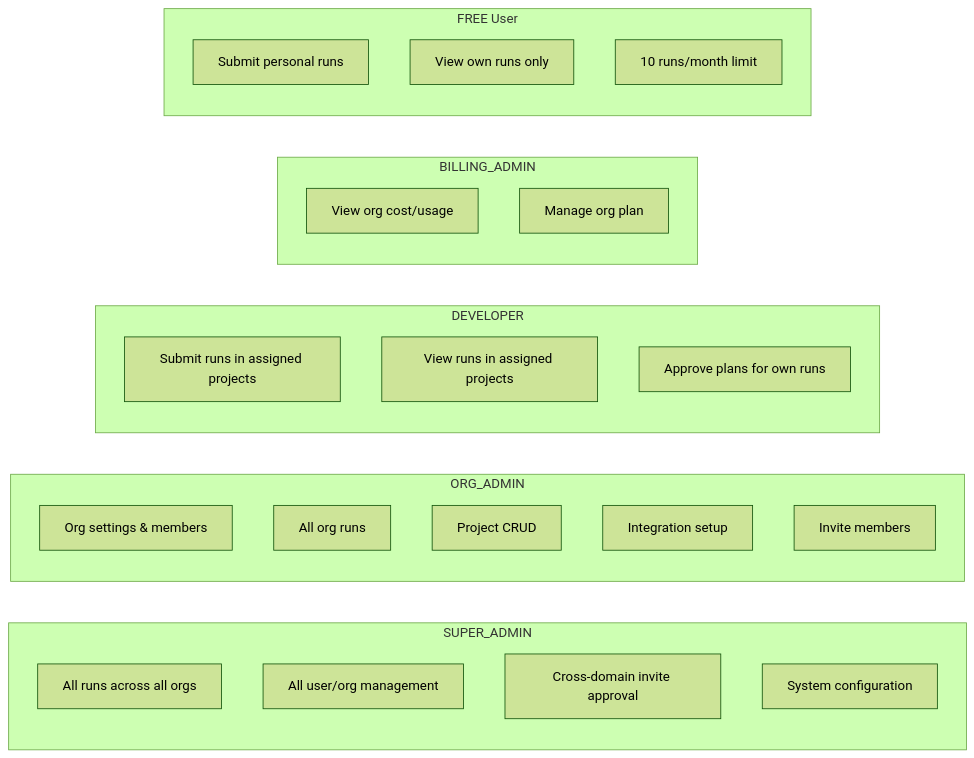
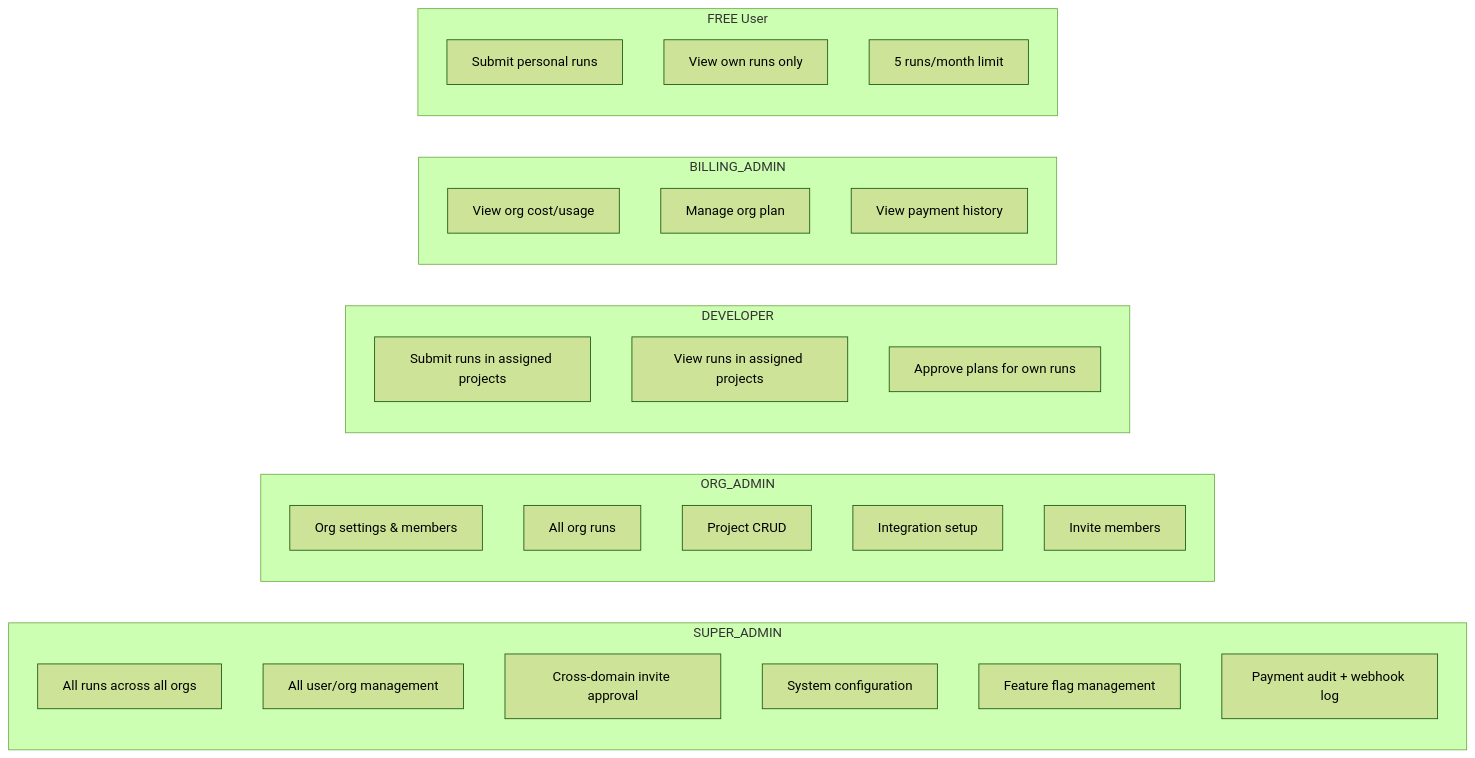
Diagram 28 of 36 in docs/WORKFLOWS.md (navneetprabhakar/executespec), drawn with Mermaid (forest theme) before and after one commit. The commit also changed other lines of this file and 47 other files, not shown here.

````diff
--- a/docs/WORKFLOWS.md
+++ b/docs/WORKFLOWS.md
@@ -643,34 +859,37 @@
 ```mermaid
 flowchart LR
     subgraph "SUPER_ADMIN"
         SA1[All runs across all orgs]
         SA2[All user/org management]
         SA3[Cross-domain invite approval]
         SA4[System configuration]
+        SA5[Feature flag management]
+        SA6[Payment audit + webhook log]
     end
 
     subgraph "ORG_ADMIN"
         OA1[Org settings & members]
         OA2[All org runs]
         OA3[Project CRUD]
         OA4[Integration setup]
         OA5[Invite members]
     end
 
     subgraph "DEVELOPER"
         D1[Submit runs in assigned projects]
         D2[View runs in assigned projects]
         D3[Approve plans for own runs]
     end
 
     subgraph "BILLING_ADMIN"
         BA1[View org cost/usage]
         BA2[Manage org plan]
+        BA3[View payment history]
     end
 
     subgraph "FREE User"
         F1[Submit personal runs]
         F2[View own runs only]
-        F3[10 runs/month limit]
+        F3[5 runs/month limit]
     end
 ```
````
